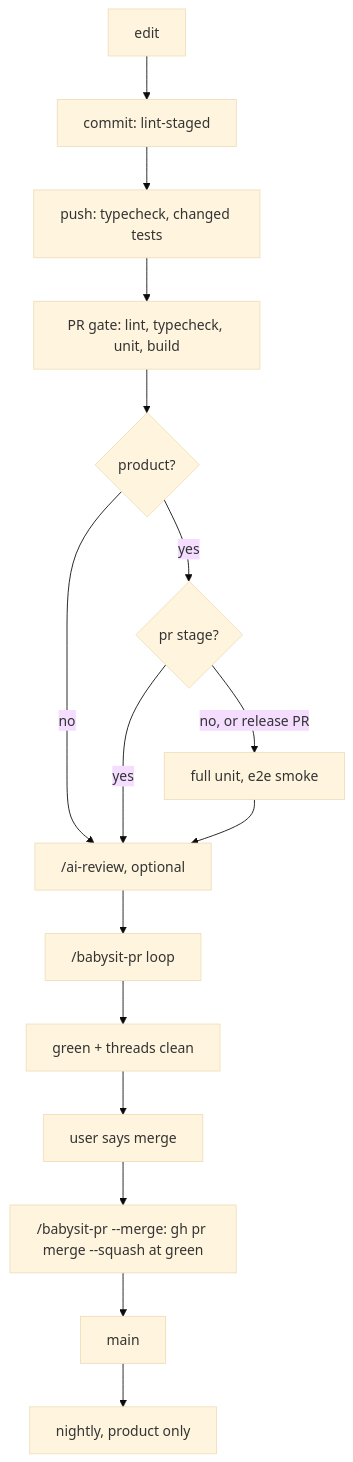
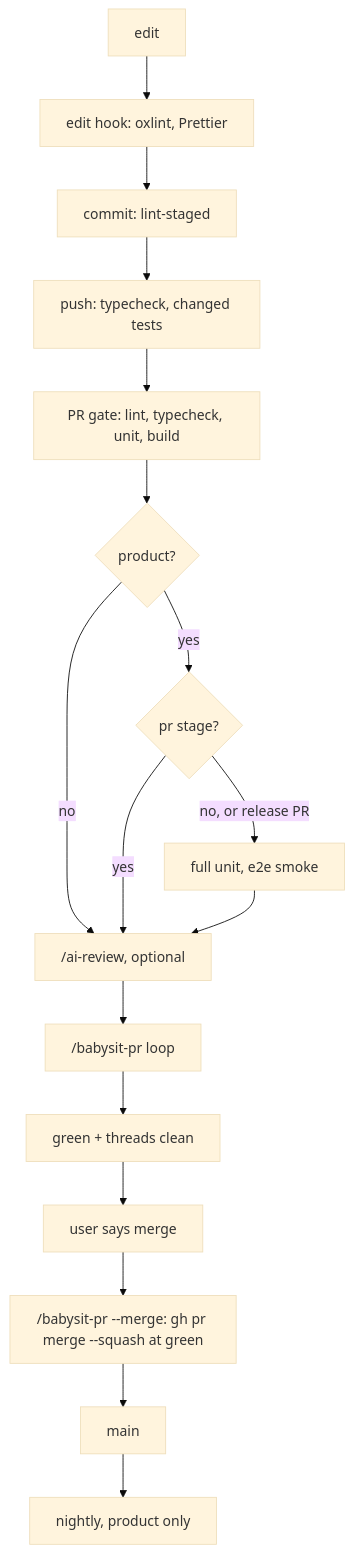
One commit to timschoch/skilly changed the first of 4 diagrams in docs/dev-process.md. Above: the diagram before and after it, drawn with Mermaid (base theme). The commit also changed other lines of this file and 7 other files, not shown here.

````diff
--- a/docs/dev-process.md
+++ b/docs/dev-process.md
@@ -24,18 +30,19 @@
 ```mermaid
 flowchart TD
-  edit[edit] --> commit[commit: lint-staged]
+  edit[edit] --> hook[edit hook: oxlint, Prettier]
+  hook --> commit[commit: lint-staged]
   commit --> push[push: typecheck, changed tests]
   push --> gate[PR gate: lint, typecheck, unit, build]
   gate --> tier{product?}
   tier -- no --> ai
   tier -- yes --> stage{pr stage?}
   stage -- "no, or release PR" --> smoke[full unit, e2e smoke]
   stage -- yes --> ai
   smoke --> ai["/ai-review, optional"]
   ai --> babysit["/babysit-pr loop"]
   babysit --> clean[green + threads clean]
   clean --> ask[user says merge]
   ask --> merge["/babysit-pr --merge: gh pr merge --squash at green"]
   merge --> main[main]
   main --> nightly[nightly, product only]
 ```
````
